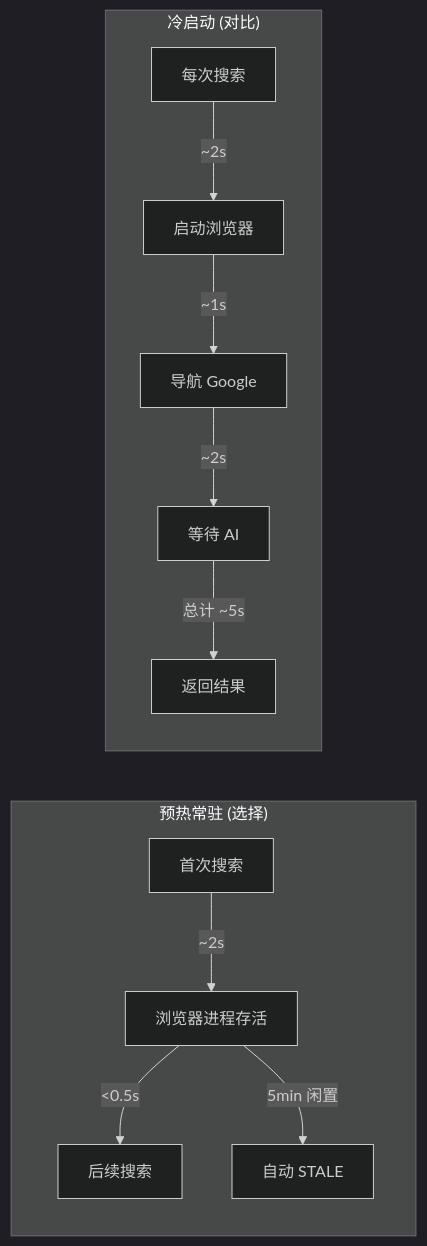
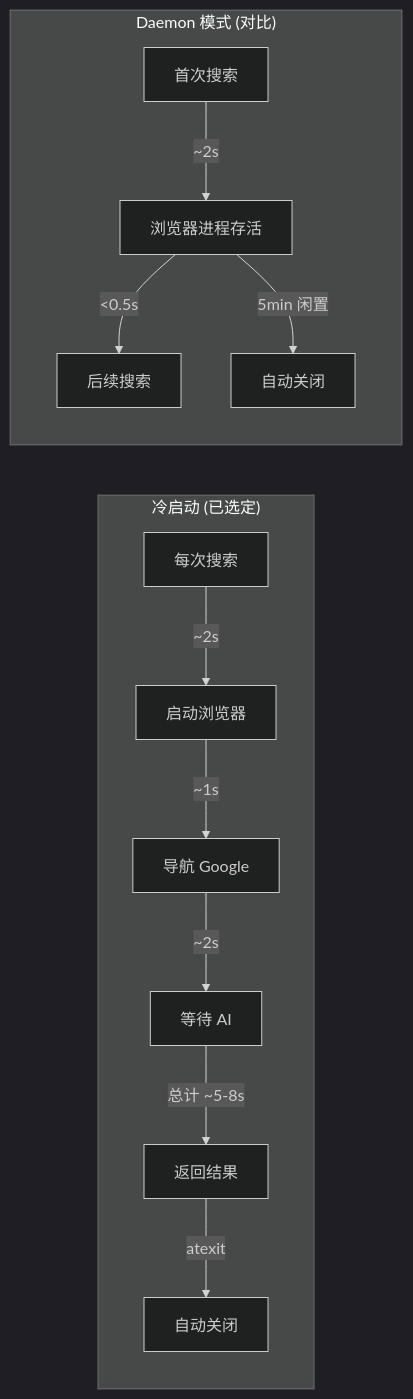
Before and after one commit to moyu12-ae/ZeroSearch: the fifth of 6 diagrams in .anws/v1/04_SYSTEM_DESIGN/browser-engine.md, drawn with Mermaid (dark theme). The commit also changed other lines of this file and 5 other files, not shown here.

````diff
--- a/.anws/v1/04_SYSTEM_DESIGN/browser-engine.md
+++ b/.anws/v1/04_SYSTEM_DESIGN/browser-engine.md
@@ -611,15 +556,16 @@
 ```mermaid
 graph LR
-    subgraph "预热常驻 (选择)"
-        A1[首次搜索] -->|~2s| B1[浏览器进程存活]
-        B1 -->|<0.5s| C1[后续搜索]
-        B1 -->|5min 闲置| D1[自动 STALE]
+    subgraph "冷启动 (已选定)"
+        A1[每次搜索] -->|~2s| B1[启动浏览器]
+        B1 -->|~1s| C1[导航 Google]
+        C1 -->|~2s| D1[等待 AI]
+        D1 -->|总计 ~5-8s| E1[返回结果]
+        E1 -->|atexit| F1[自动关闭]
     end
     
-    subgraph "冷启动 (对比)"
-        A2[每次搜索] -->|~2s| B2[启动浏览器]
-        B2 -->|~1s| C2[导航 Google]
-        C2 -->|~2s| D2[等待 AI]
-        D2 -->|总计 ~5s| E2[返回结果]
+    subgraph "Daemon 模式 (对比)"
+        A2[首次搜索] -->|~2s| B2[浏览器进程存活]
+        B2 -->|<0.5s| C2[后续搜索]
+        B2 -->|5min 闲置| D2[自动关闭]
     end
 ```
````
